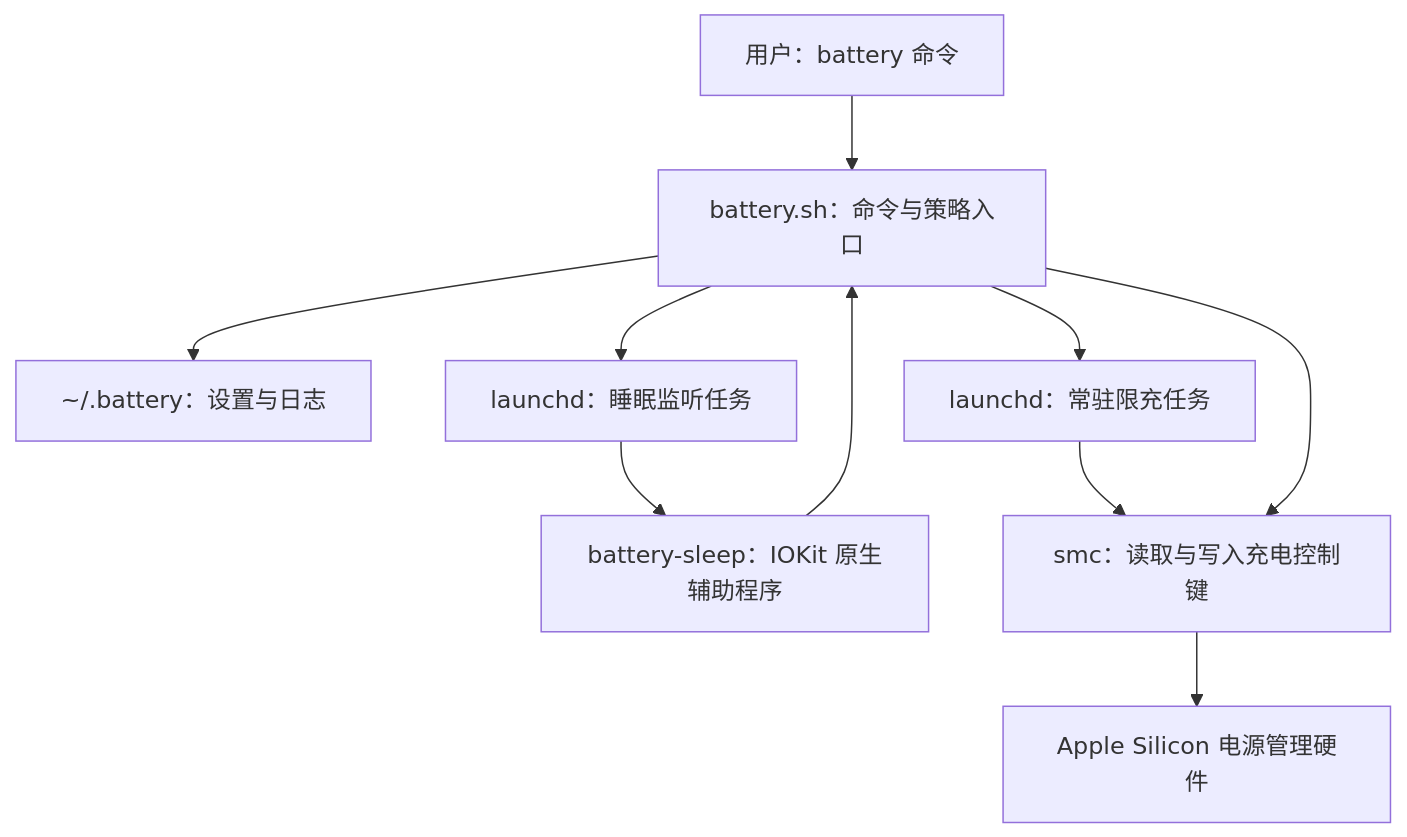
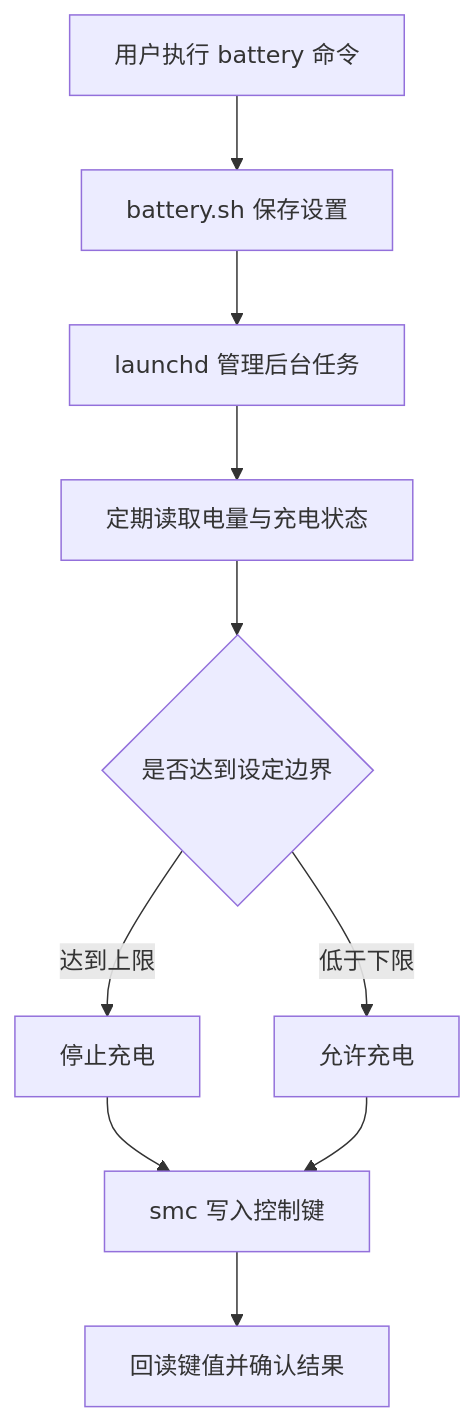
The first of 2 diagrams in README.md (tianwuziyan/battery), drawn with Mermaid before and after one commit. The commit also changed other lines of this file, not shown here.

````diff
--- a/README.md
+++ b/README.md
@@ -143,12 +241,12 @@
 ```mermaid
 flowchart TD
-    U["用户：battery 命令"] --> CLI["battery.sh：命令与策略入口"]
-    CLI --> CFG["~/.battery：设置与日志"]
-    CLI --> MAINTAIN["launchd：常驻限充任务"]
-    CLI --> SLEEP["launchd：睡眠监听任务"]
-    SLEEP --> HELPER["battery-sleep：IOKit 原生辅助程序"]
-    MAINTAIN --> SMC["smc：读取与写入充电控制键"]
-    HELPER --> CLI
-    CLI --> SMC
-    SMC --> HW["Apple Silicon 电源管理硬件"]
+    U["用户执行 battery 命令"] --> CLI["battery.sh 保存设置"]
+    CLI --> LAUNCHD["launchd 管理后台任务"]
+    LAUNCHD --> READ["定期读取电量与充电状态"]
+    READ --> DECIDE{"是否达到设定边界"}
+    DECIDE -->|"达到上限"| OFF["停止充电"]
+    DECIDE -->|"低于下限"| ON["允许充电"]
+    OFF --> SMC["smc 写入控制键"]
+    ON --> SMC
+    SMC --> VERIFY["回读键值并确认结果"]
 ```
````
